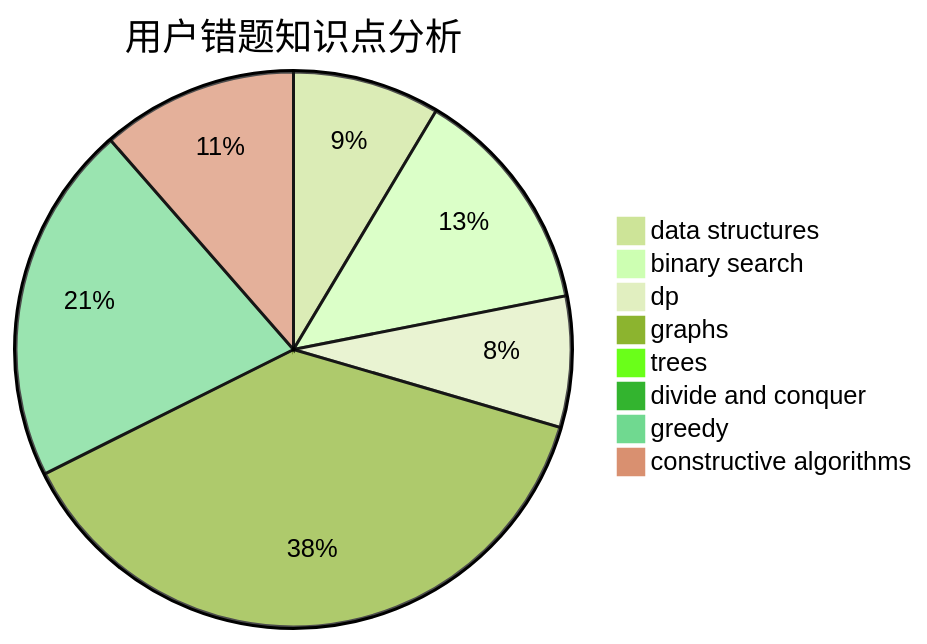
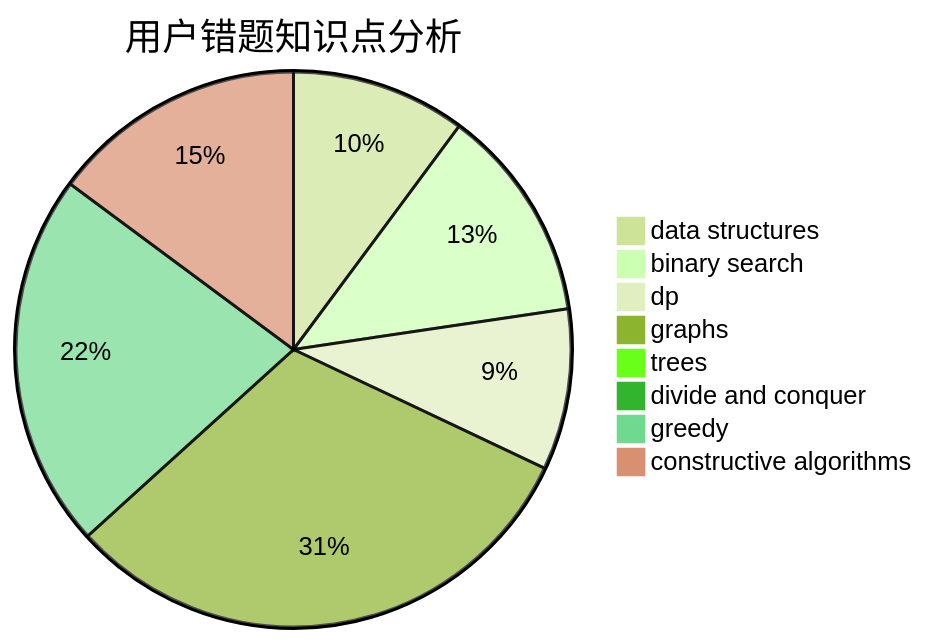
One commit to sherpahu/cfrs.github.io changed the third of 3 diagrams in docs/user/u1832.md. Above: the diagram before and after it, drawn with Mermaid (forest theme). The commit also changed other lines of this file and 2770 other files, not shown here.

````diff
--- a/docs/user/u1832.md
+++ b/docs/user/u1832.md
@@ -36,11 +36,11 @@
 ```mermaid
 pie title 用户错题知识点分析
-    "data structures" :  9
-    "binary search" :  14
-    "dp" :  8
+    "data structures" :  13
+    "binary search" :  16
+    "dp" :  12
     "graphs" :  40
     "trees" :  0
     "divide and conquer" :  0
-    "greedy" :  22
-    "constructive algorithms" :  12
+    "greedy" :  28
+    "constructive algorithms" :  19
 ```
````
